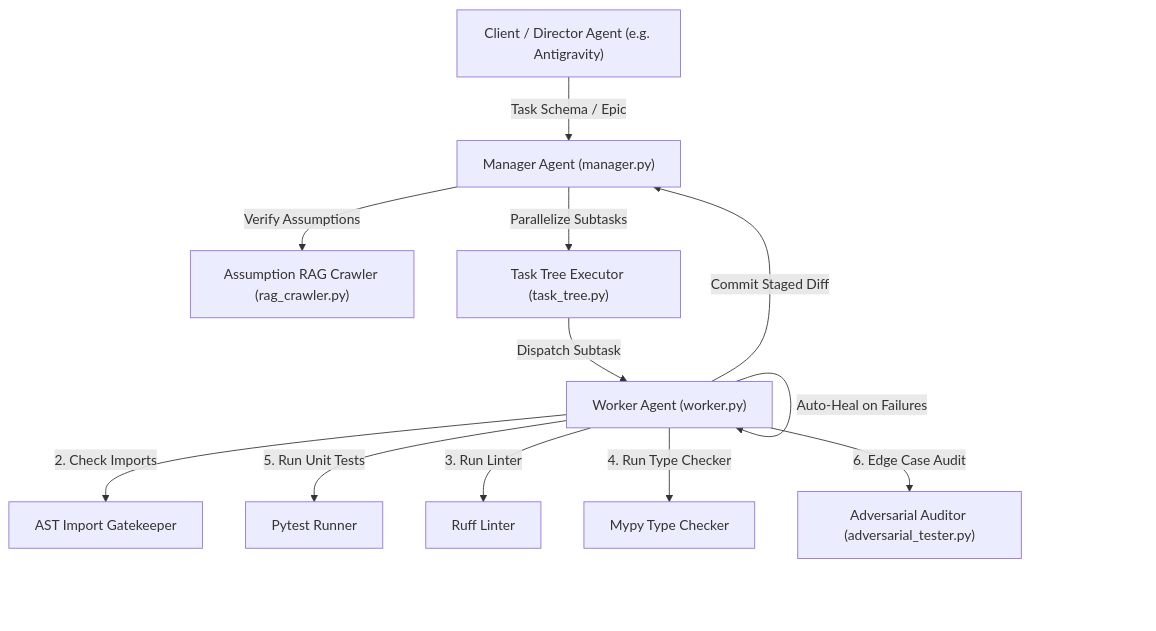
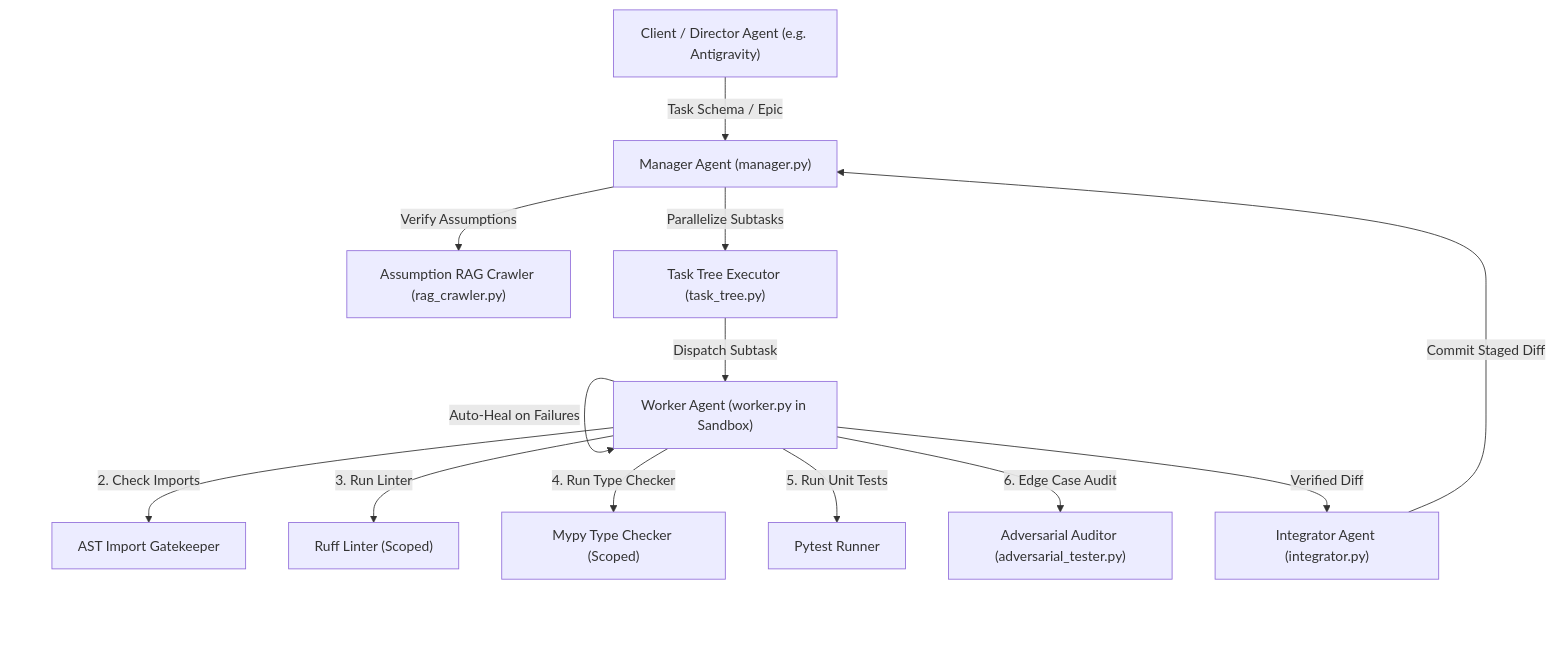
Before and after one commit to tsuyama1990/3tier-ai-dev: the diagram in README.md, drawn with Mermaid. The commit also changed other lines of this file and 36 other files, not shown here.

````diff
--- a/README.md
+++ b/README.md
@@ -124,26 +127,28 @@
 ```mermaid
 graph TD
     Director["Client / Director Agent (e.g. Antigravity)"]
     Manager["Manager Agent (manager.py)"]
     RAG["Assumption RAG Crawler (rag_crawler.py)"]
     Tree["Task Tree Executor (task_tree.py)"]
-    Worker["Worker Agent (worker.py)"]
+    Worker["Worker Agent (worker.py in Sandbox)"]
     Gatekeeper["AST Import Gatekeeper"]
     Pytest["Pytest Runner"]
-    Ruff["Ruff Linter"]
-    Mypy["Mypy Type Checker"]
+    Ruff["Ruff Linter (Scoped)"]
+    Mypy["Mypy Type Checker (Scoped)"]
     Adversarial["Adversarial Auditor (adversarial_tester.py)"]
+    Integrator["Integrator Agent (integrator.py)"]
 
     Director -->|Task Schema / Epic| Manager
     Manager -->|Verify Assumptions| RAG
     Manager -->|Parallelize Subtasks| Tree
     Tree -->|Dispatch Subtask| Worker
     Worker -->|1. Run Aider| Worker
     Worker -->|2. Check Imports| Gatekeeper
     Worker -->|3. Run Linter| Ruff
     Worker -->|4. Run Type Checker| Mypy
     Worker -->|5. Run Unit Tests| Pytest
     Worker -->|Auto-Heal on Failures| Worker
     Worker -->|6. Edge Case Audit| Adversarial
-    Worker -->|Commit Staged Diff| Manager
+    Worker -->|Verified Diff| Integrator
+    Integrator -->|Commit Staged Diff| Manager
 ```
````
